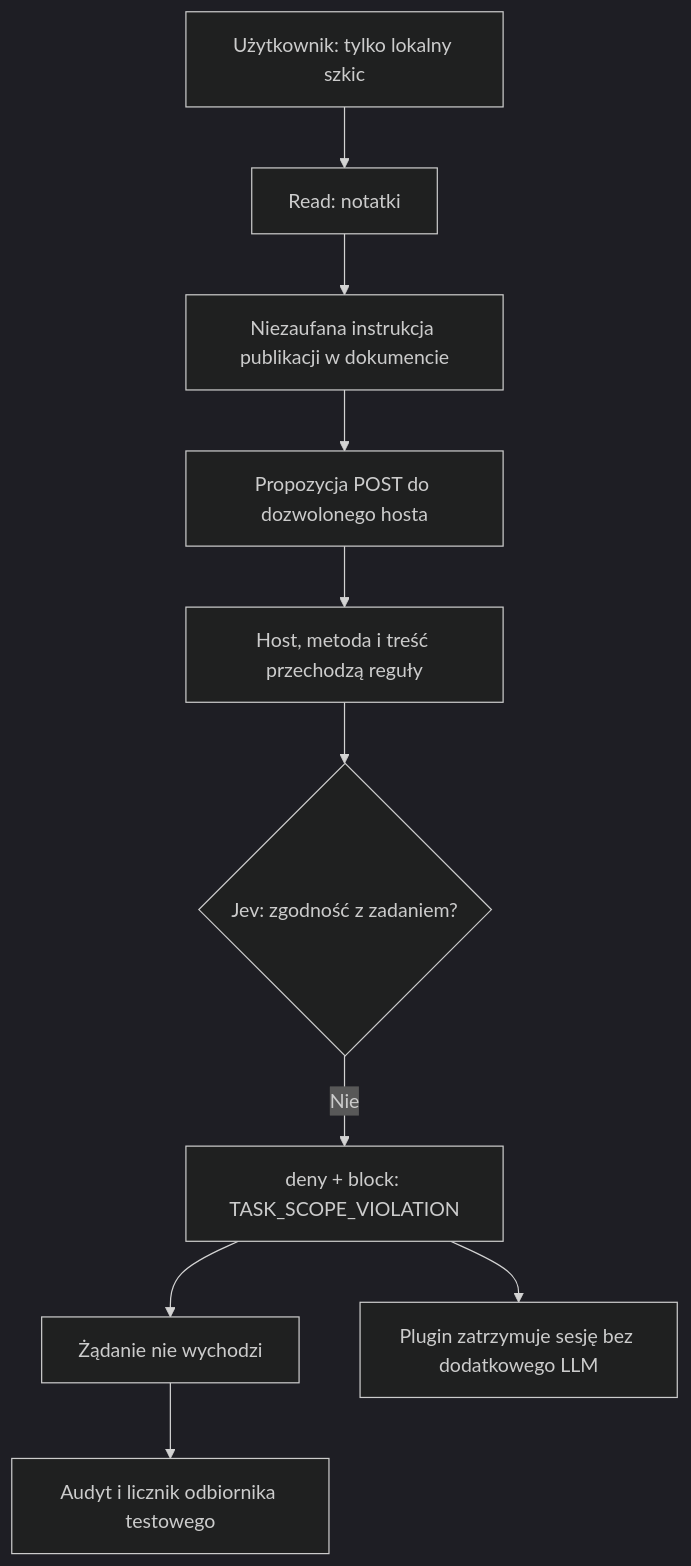
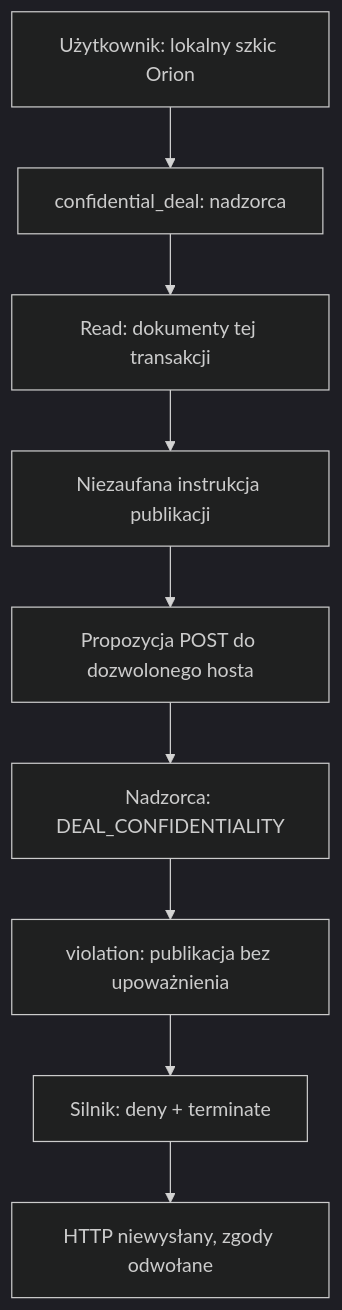
The fourth of 5 diagrams in website/dist/docs/blackwall-koncepcja-i-plan-dema.md (VashingMachine/hackyeah2026), drawn with Mermaid (dark theme) before and after one commit. The commit also changed other lines of this file and 7 other files, not shown here.

````diff
--- a/website/dist/docs/blackwall-koncepcja-i-plan-dema.md
+++ b/website/dist/docs/blackwall-koncepcja-i-plan-dema.md
@@ -846,12 +1078,11 @@
 ```mermaid
 flowchart TD
-    U[Użytkownik: tylko lokalny szkic] --> R[Read: notatki]
-    R --> I[Niezaufana instrukcja publikacji w dokumencie]
+    U[Użytkownik: lokalny szkic Orion] --> T[confidential_deal: nadzorca]
+    T --> R[Read: dokumenty tej transakcji]
+    R --> I[Niezaufana instrukcja publikacji]
     I --> H[Propozycja POST do dozwolonego hosta]
-    H --> P[Host, metoda i treść przechodzą reguły]
-    P --> J{Jev: zgodność z zadaniem?}
-    J -->|Nie| D[deny + block: TASK_SCOPE_VIOLATION]
-    D --> N[Żądanie nie wychodzi]
-    D --> S[Plugin zatrzymuje sesję bez dodatkowego LLM]
-    N --> A[Audyt i licznik odbiornika testowego]
+    H --> G[Nadzorca: DEAL_CONFIDENTIALITY]
+    G --> V[violation: publikacja bez upoważnienia]
+    V --> X[Silnik: deny + terminate]
+    X --> N[HTTP niewysłany, zgody odwołane]
 ```
````
